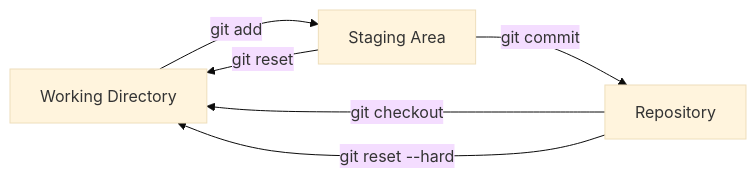
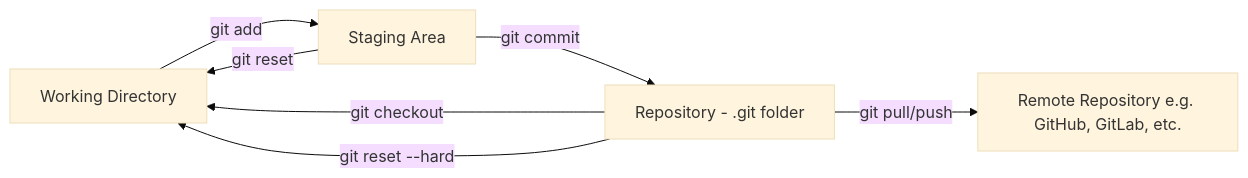
Before and after one commit to AnuchitO/course-git: the first of 4 diagrams in slidev/slides.md, drawn with Mermaid (base theme). The commit also changed other lines of this file, not shown here.

````diff
--- a/slidev/slides.md
+++ b/slidev/slides.md
@@ -118,8 +118,9 @@
 ```mermaid
 graph LR
     A[Working Directory] -->|git add| B[Staging Area]
-    B -->|git commit| C[Repository]
+    B -->|git commit| C[Repository - .git folder]
     C -->|git checkout| A
     B -->|git reset| A
     C -->|git reset --hard| A
+    C -->|git pull/push| D[Remote Repository e.g. GitHub, GitLab, etc.]
 ```
````
